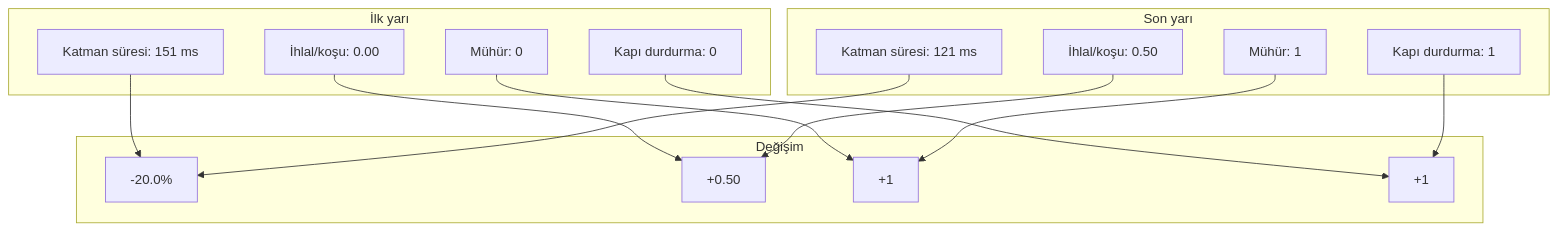
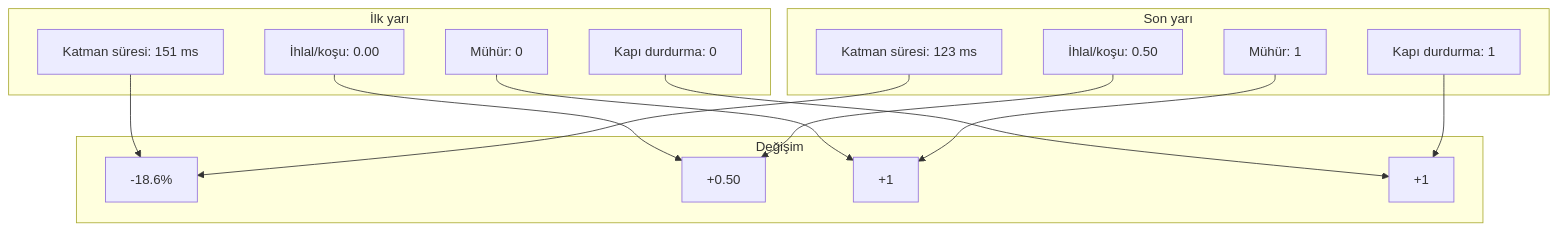
One commit to eren603/Future- changed the second of 3 diagrams in .claude/skills/izleme-telemetri/ornek/rapor_ornek.md. Above: the diagram before and after it, drawn with Mermaid. The commit also changed other lines of this file and 5 other files, not shown here.

````diff
--- a/.claude/skills/izleme-telemetri/ornek/rapor_ornek.md
+++ b/.claude/skills/izleme-telemetri/ornek/rapor_ornek.md
@@ -77,29 +77,29 @@
 ```mermaid
 graph TD
     subgraph "İlk yarı"
     B1["Katman süresi: 151 ms"]
     B2["İhlal/koşu: 0.00"]
     B3["Mühür: 0"]
     B4["Kapı durdurma: 0"]
     end
     subgraph "Son yarı"
-    A1["Katman süresi: 121 ms"]
+    A1["Katman süresi: 123 ms"]
     A2["İhlal/koşu: 0.50"]
     A3["Mühür: 1"]
     A4["Kapı durdurma: 1"]
     end
     subgraph "Değişim"
-    I1["-20.0%"]
+    I1["-18.6%"]
     I2["+0.50"]
     I3["+1"]
     I4["+1"]
     end
     B1 --> I1
     A1 --> I1
     B2 --> I2
     A2 --> I2
     B3 --> I3
     A3 --> I3
     B4 --> I4
     A4 --> I4
 ```
````
